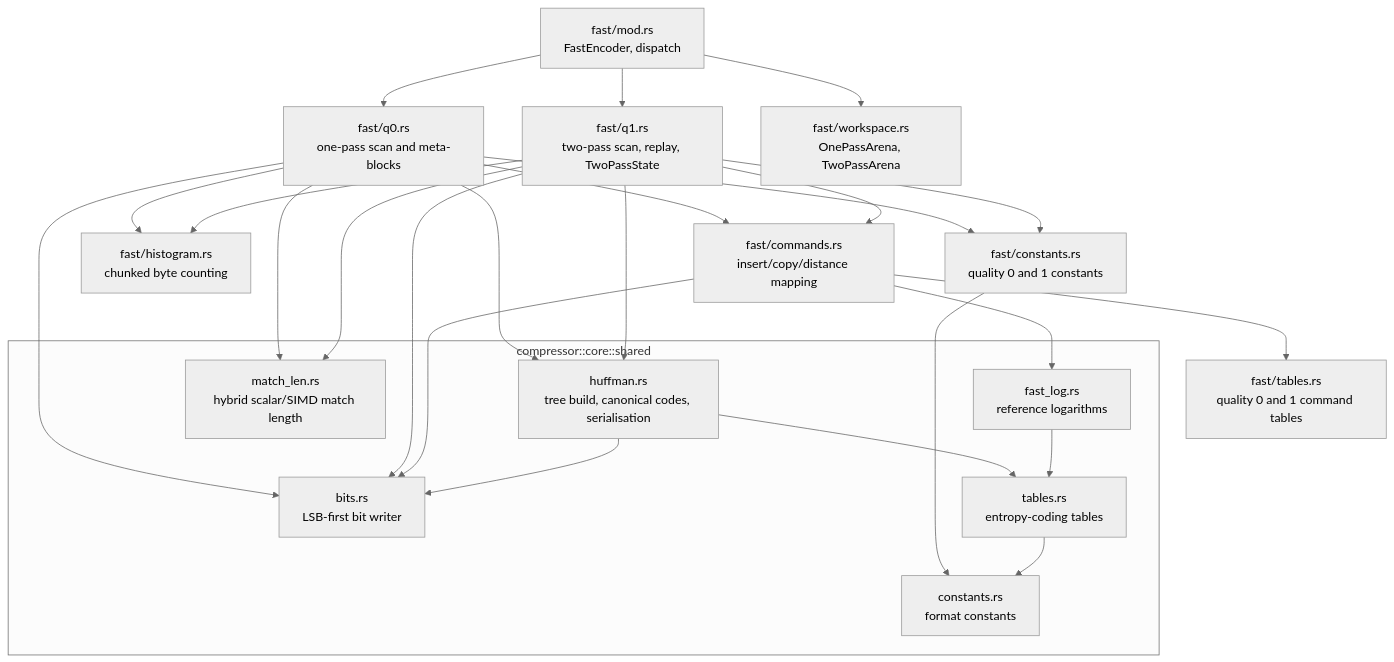
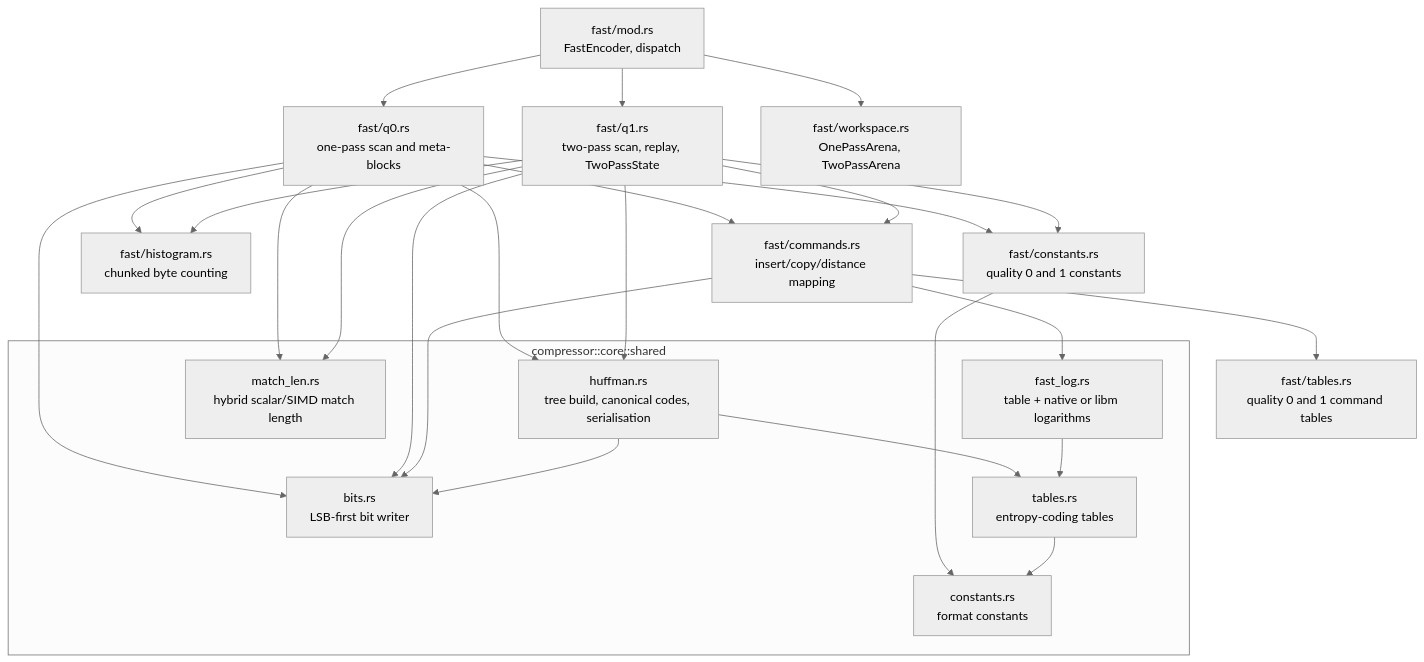
The first of 10 diagrams in architecture/fast-encoder.md (Mnwa/mbrotli), drawn with Mermaid (neutral theme) before and after one commit. The commit also changed 93 other files, not shown here.

````diff
--- a/architecture/fast-encoder.md
+++ b/architecture/fast-encoder.md
@@ -15,44 +15,44 @@
 ```mermaid
 graph TD
     modmod["fast/mod.rs<br/>FastEncoder, dispatch"]
     q0["fast/q0.rs<br/>one-pass scan and meta-blocks"]
     q1["fast/q1.rs<br/>two-pass scan, replay, TwoPassState"]
     cmd["fast/commands.rs<br/>insert/copy/distance mapping"]
     hist["fast/histogram.rs<br/>chunked byte counting"]
     tabs["fast/tables.rs<br/>quality 0 and 1 command tables"]
     consts["fast/constants.rs<br/>quality 0 and 1 constants"]
     ws["fast/workspace.rs<br/>OnePassArena, TwoPassArena"]
 
     subgraph shared["compressor::core::shared"]
         huff["huffman.rs<br/>tree build, canonical codes, serialisation"]
         ml["match_len.rs<br/>hybrid scalar/SIMD match length"]
         bits["bits.rs<br/>LSB-first bit writer"]
-        log["fast_log.rs<br/>reference logarithms"]
+        log["fast_log.rs<br/>table + native or libm logarithms"]
         stabs["tables.rs<br/>entropy-coding tables"]
         sconsts["constants.rs<br/>format constants"]
     end
 
     modmod --> q0
     modmod --> q1
     modmod --> ws
     q0 --> cmd
     q0 --> huff
     q0 --> hist
     q0 --> ml
     q0 --> bits
     q1 --> cmd
     q1 --> huff
     q1 --> hist
     q1 --> ml
     q1 --> bits
     cmd --> bits
     cmd --> tabs
     cmd --> log
     huff --> bits
     huff --> stabs
     q0 --> consts
     q1 --> consts
     consts --> sconsts
     log --> stabs
     stabs --> sconsts
 ```
````
